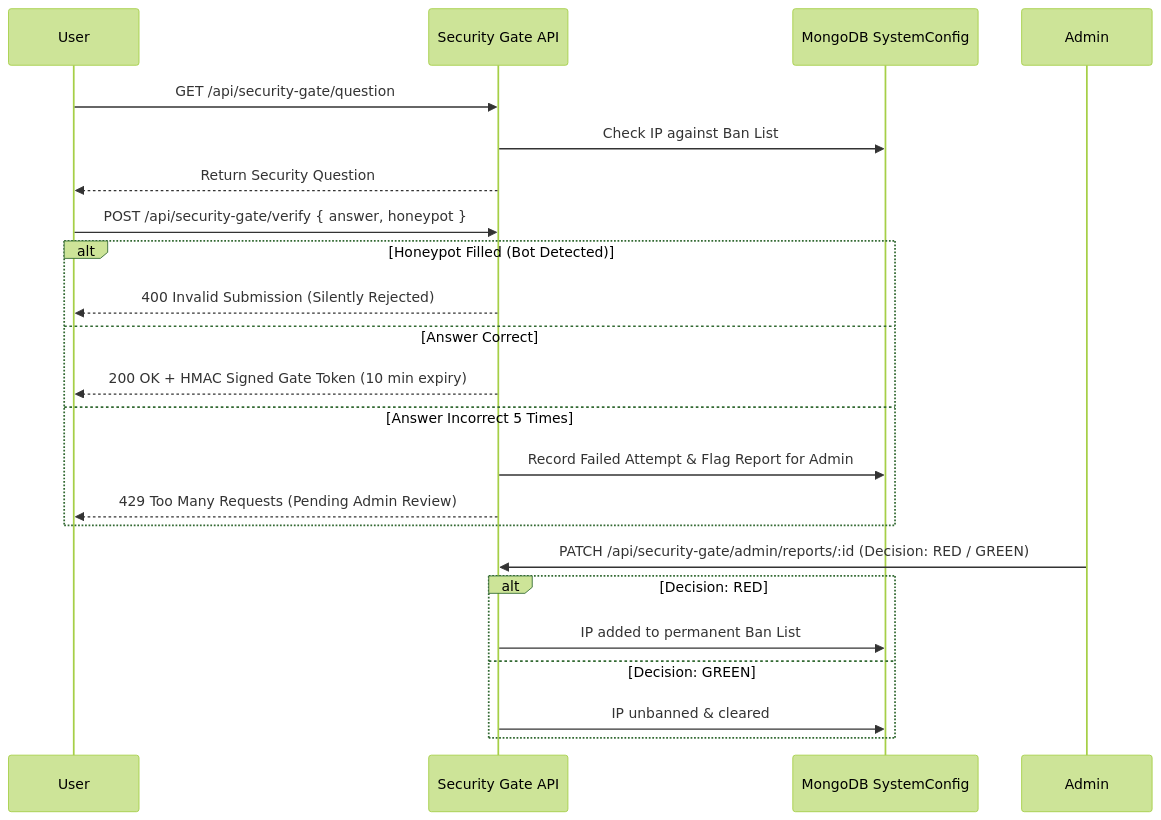
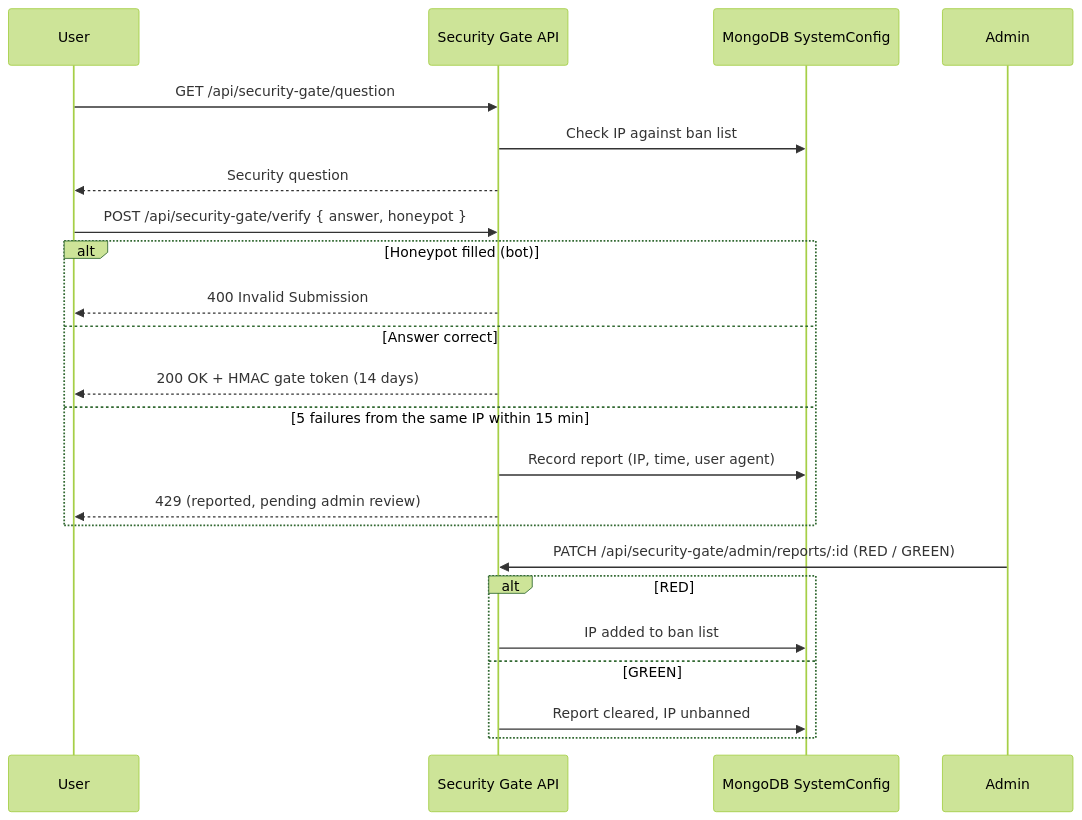
Before and after one commit to mayesha-3/KanbaKan: the second of 3 diagrams in security_and_features_report.md, drawn with Mermaid (forest theme). The commit also changed other lines of this file, not shown here.

First line of the commit message:
Revise security and features report

````diff
--- a/security_and_features_report.md
+++ b/security_and_features_report.md
@@ -70,26 +72,26 @@
 ```mermaid
 sequenceDiagram
     participant User
     participant Gate as Security Gate API
     participant DB as MongoDB SystemConfig
     participant Admin
 
     User->>Gate: GET /api/security-gate/question
-    Gate->>DB: Check IP against Ban List
-    Gate-->>User: Return Security Question
+    Gate->>DB: Check IP against ban list
+    Gate-->>User: Security question
     User->>Gate: POST /api/security-gate/verify { answer, honeypot }
-    alt Honeypot Filled (Bot Detected)
-        Gate-->>User: 400 Invalid Submission (Silently Rejected)
-    else Answer Correct
-        Gate-->>User: 200 OK + HMAC Signed Gate Token (10 min expiry)
-    else Answer Incorrect 5 Times
-        Gate->>DB: Record Failed Attempt & Flag Report for Admin
-        Gate-->>User: 429 Too Many Requests (Pending Admin Review)
+    alt Honeypot filled (bot)
+        Gate-->>User: 400 Invalid Submission
+    else Answer correct
+        Gate-->>User: 200 OK + HMAC gate token (14 days)
+    else 5 failures from the same IP within 15 min
+        Gate->>DB: Record report (IP, time, user agent)
+        Gate-->>User: 429 (reported, pending admin review)
     end
-    Admin->>Gate: PATCH /api/security-gate/admin/reports/:id (Decision: RED / GREEN)
-    alt Decision: RED
-        Gate->>DB: IP added to permanent Ban List
-    else Decision: GREEN
-        Gate->>DB: IP unbanned & cleared
+    Admin->>Gate: PATCH /api/security-gate/admin/reports/:id (RED / GREEN)
+    alt RED
+        Gate->>DB: IP added to ban list
+    else GREEN
+        Gate->>DB: Report cleared, IP unbanned
     end
 ```
````
